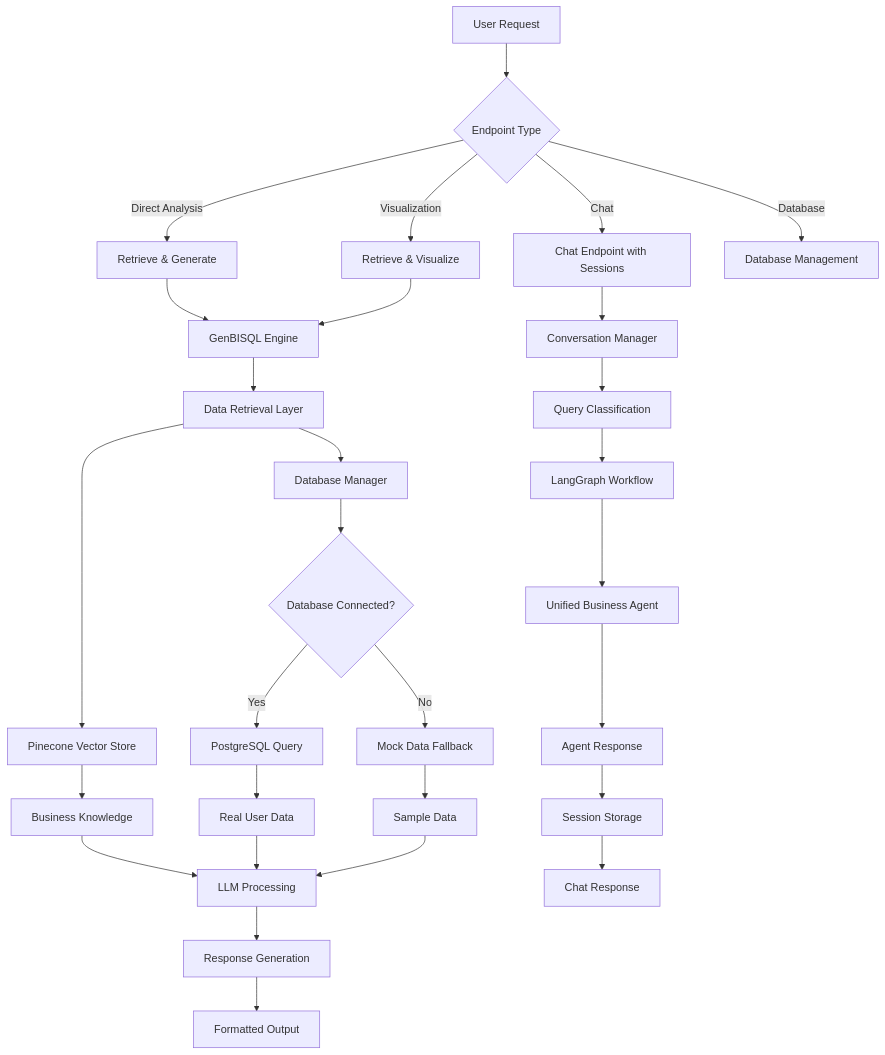
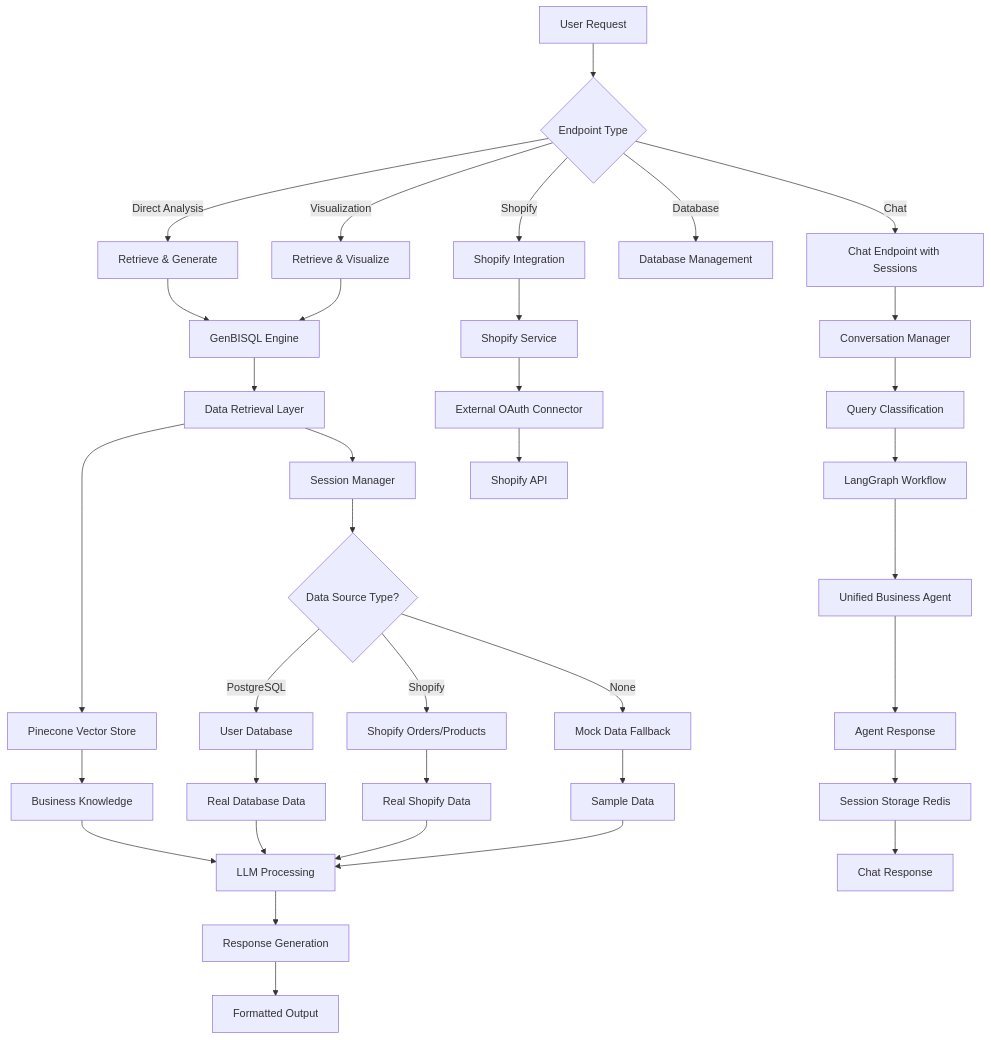
The first of 4 diagrams in README.md (Dprof-in-tech/peppasync-langchain), drawn with Mermaid before and after one commit. The commit also changed other lines of this file, not shown here.

First line of the commit message:
Enhance README with Shopify integration and flow updates

````diff
--- a/README.md
+++ b/README.md
@@ -9,40 +9,48 @@
 ```mermaid
 graph TD
     A[User Request] --> B{Endpoint Type}
 
     B -->|Chat| C[Chat Endpoint with Sessions]
     B -->|Direct Analysis| D[Retrieve & Generate]
     B -->|Visualization| E[Retrieve & Visualize]
     B -->|Database| F[Database Management]
+    B -->|Shopify| G[Shopify Integration]
 
-    C --> G[Conversation Manager]
-    G --> H[Query Classification]
-    H --> I[LangGraph Workflow]
-    I --> J[Unified Business Agent]
+    C --> H[Conversation Manager]
+    H --> I[Query Classification]
+    I --> J[LangGraph Workflow]
+    J --> K[Unified Business Agent]
 
-    D --> K[GenBISQL Engine]
-    E --> K
+    D --> L[GenBISQL Engine]
+    E --> L
 
-    K --> L[Data Retrieval Layer]
-    L --> M[Pinecone Vector Store]
-    L --> N[Database Manager]
+    L --> M[Data Retrieval Layer]
+    M --> N[Pinecone Vector Store]
+    M --> O[Session Manager]
 
-    N --> O{Database Connected?}
-    O -->|Yes| P[PostgreSQL Query]
-    O -->|No| Q[Mock Data Fallback]
+    O --> P{Data Source Type?}
+    P -->|PostgreSQL| Q[User Database]
+    P -->|Shopify| R[Shopify Orders/Products]
+    P -->|None| S[Mock Data Fallback]
 
-    M --> R[Business Knowledge]
-    P --> S[Real User Data]
-    Q --> T[Sample Data]
+    G --> T[Shopify Service]
+    T --> U[External OAuth Connector]
+    U --> V[Shopify API]
 
-    R --> U[LLM Processing]
-    S --> U
-    T --> U
+    N --> W[Business Knowledge]
+    Q --> X[Real Database Data]
+    R --> Y[Real Shopify Data]
+    S --> Z[Sample Data]
 
-    U --> V[Response Generation]
-    V --> W[Formatted Output]
+    W --> AA[LLM Processing]
+    X --> AA
+    Y --> AA
+    Z --> AA
 
-    J --> X[Agent Response]
-    X --> Y[Session Storage]
-    Y --> Z[Chat Response]
+    AA --> AB[Response Generation]
+    AB --> AC[Formatted Output]
+
+    K --> AD[Agent Response]
+    AD --> AE[Session Storage Redis]
+    AE --> AF[Chat Response]
 ```
````
